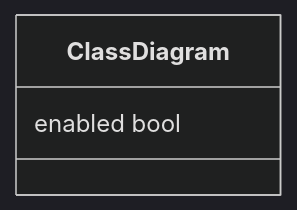
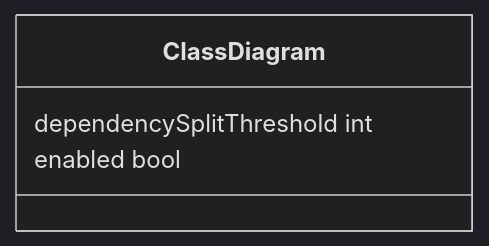
The first of 5 diagrams in docs/config/config.md (theunrepentantgeek/crddoc), drawn with Mermaid (dark theme) before and after one commit. The commit also changed other lines of this file and 8 other files, not shown here.

First line of the commit message:
Improve class diagrams (#105)

````diff
--- a/docs/config/config.md
+++ b/docs/config/config.md
@@ -18,17 +18,19 @@
 ```mermaid
 ---
   config:
     class:
       hideEmptyMembersBox: true
 ---
 classDiagram
 
 class ClassDiagram["ClassDiagram"]{  
+      dependencySplitThreshold int  
       enabled bool
 
 
 } 
 
 
 
+
 ```
````
